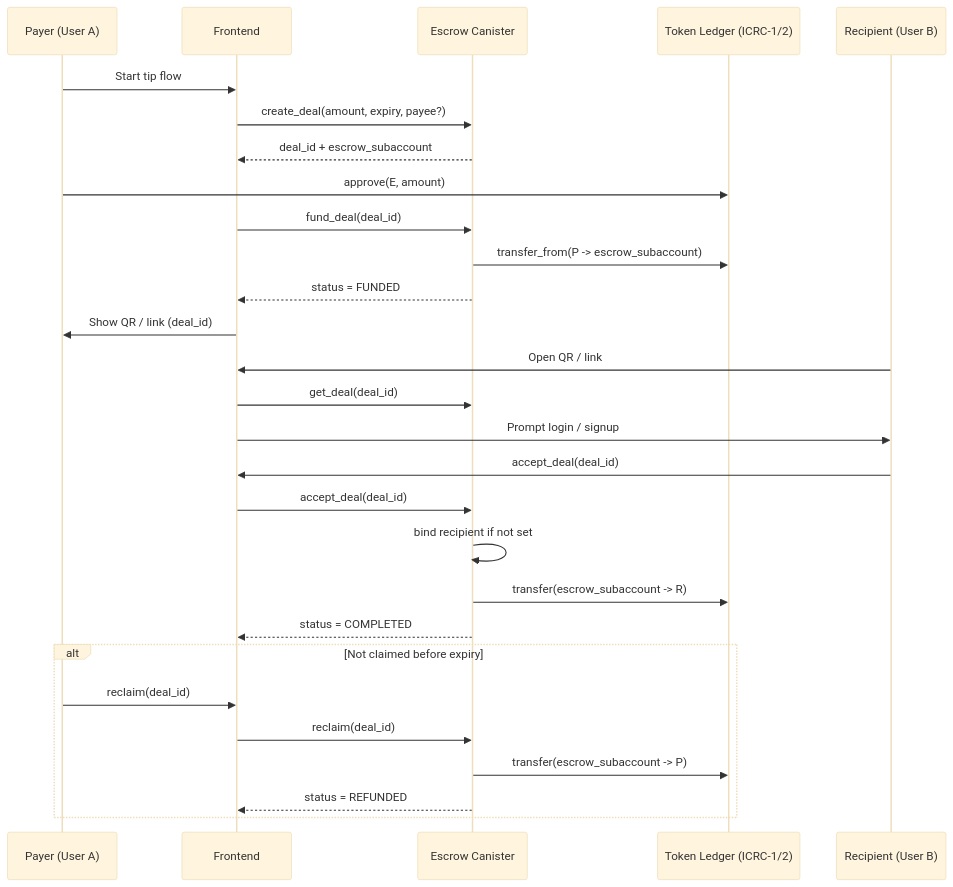
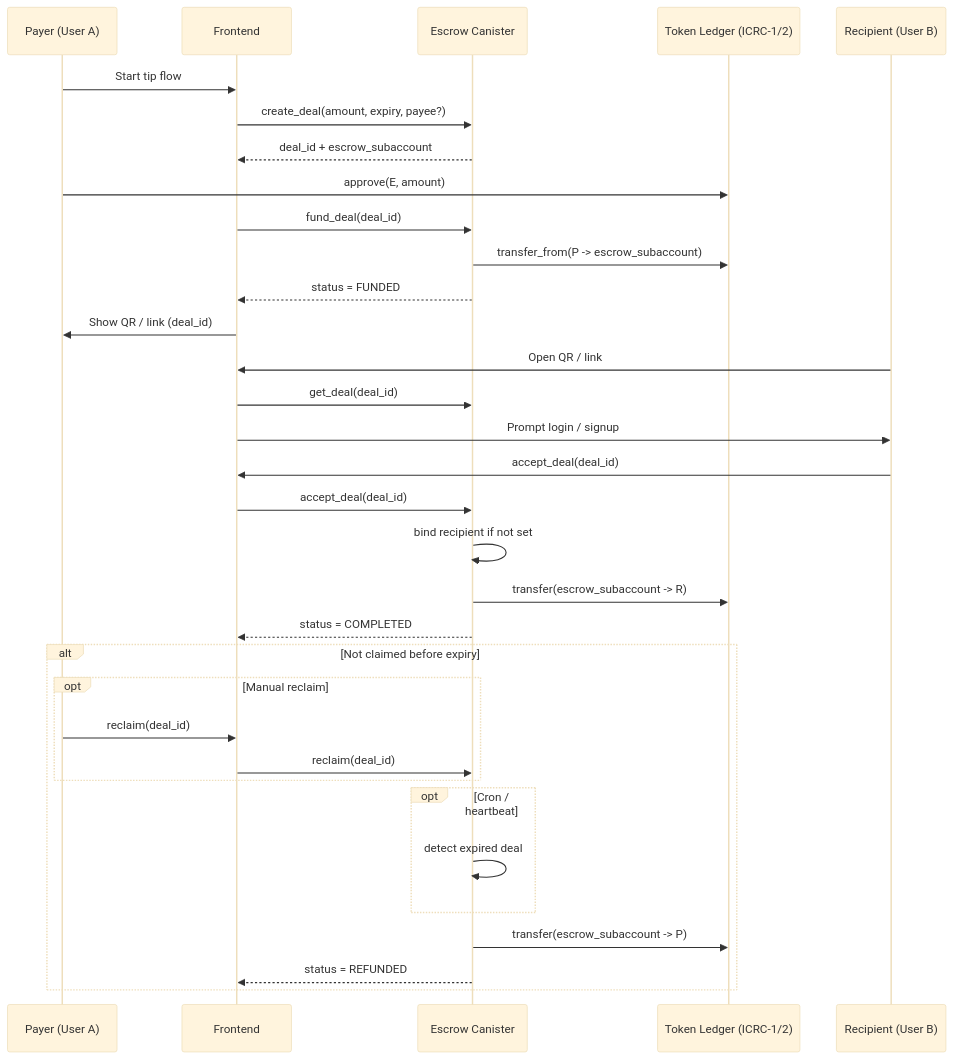
One commit to dfinity/oisy-wallet changed the first of 2 diagrams in TIPS.md. Above: the diagram before and after it, drawn with Mermaid (base theme). The commit also changed other lines of this file, not shown here.

````diff
--- a/TIPS.md
+++ b/TIPS.md
@@ -14,45 +32,50 @@
 ```mermaid
 sequenceDiagram
     participant P as Payer (User A)
     participant F as Frontend
     participant E as Escrow Canister
     participant L as Token Ledger (ICRC-1/2)
     participant R as Recipient (User B)
 
     %% --- CREATE DEAL ---
     P->>F: Start tip flow
     F->>E: create_deal(amount, expiry, payee?)
     E-->>F: deal_id + escrow_subaccount
 
     %% --- FUNDING ---
     P->>L: approve(E, amount)
     F->>E: fund_deal(deal_id)
     E->>L: transfer_from(P -> escrow_subaccount)
     E-->>F: status = FUNDED
 
     %% --- SHARE ---
     F->>P: Show QR / link (deal_id)
 
     %% --- CLAIM ---
     R->>F: Open QR / link
     F->>E: get_deal(deal_id)
     F->>R: Prompt login / signup
 
     R->>F: accept_deal(deal_id)
     F->>E: accept_deal(deal_id)
 
     %% --- BIND RECIPIENT ---
     E->>E: bind recipient if not set
 
     %% --- SETTLEMENT ---
     E->>L: transfer(escrow_subaccount -> R)
     E-->>F: status = COMPLETED
 
     %% --- EXPIRY PATH ---
     alt Not claimed before expiry
-        P->>F: reclaim(deal_id)
-        F->>E: reclaim(deal_id)
+        opt Manual reclaim
+            P->>F: reclaim(deal_id)
+            F->>E: reclaim(deal_id)
+        end
+        opt Cron / heartbeat
+            E->>E: detect expired deal
+        end
         E->>L: transfer(escrow_subaccount -> P)
         E-->>F: status = REFUNDED
     end
 ```
````
